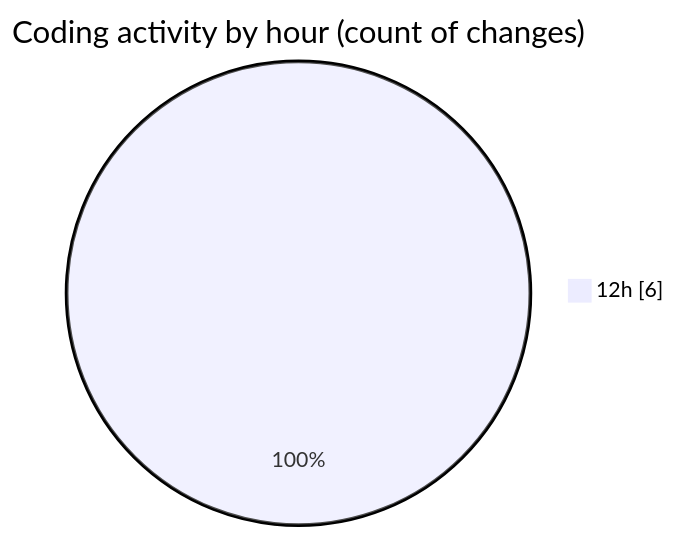
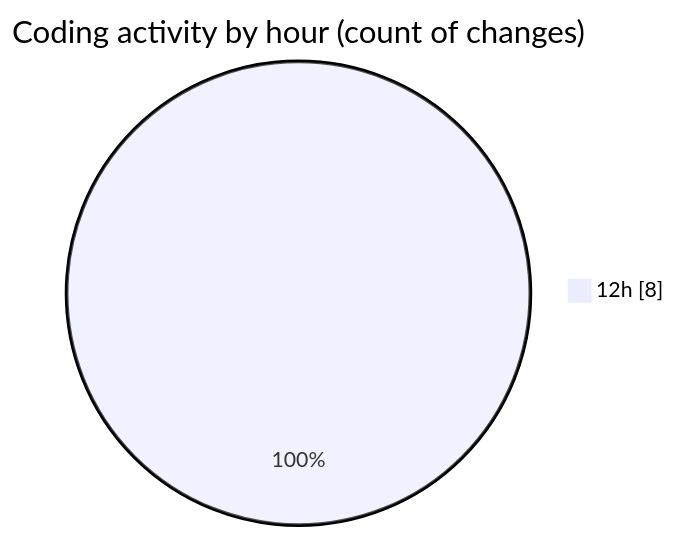
The second of 2 diagrams in 2025-03-25/kml/README.md (LanceThiago/code-tracking), drawn with Mermaid before and after one commit. The commit also changed other lines of this file and 1 other file, not shown here.

````diff
--- a/2025-03-25/kml/README.md
+++ b/2025-03-25/kml/README.md
@@ -28,5 +28,5 @@
 ```mermaid
 pie showData
 title Coding activity by hour (count of changes)
-"12h" : 6
+"12h" : 8
 ```
````
